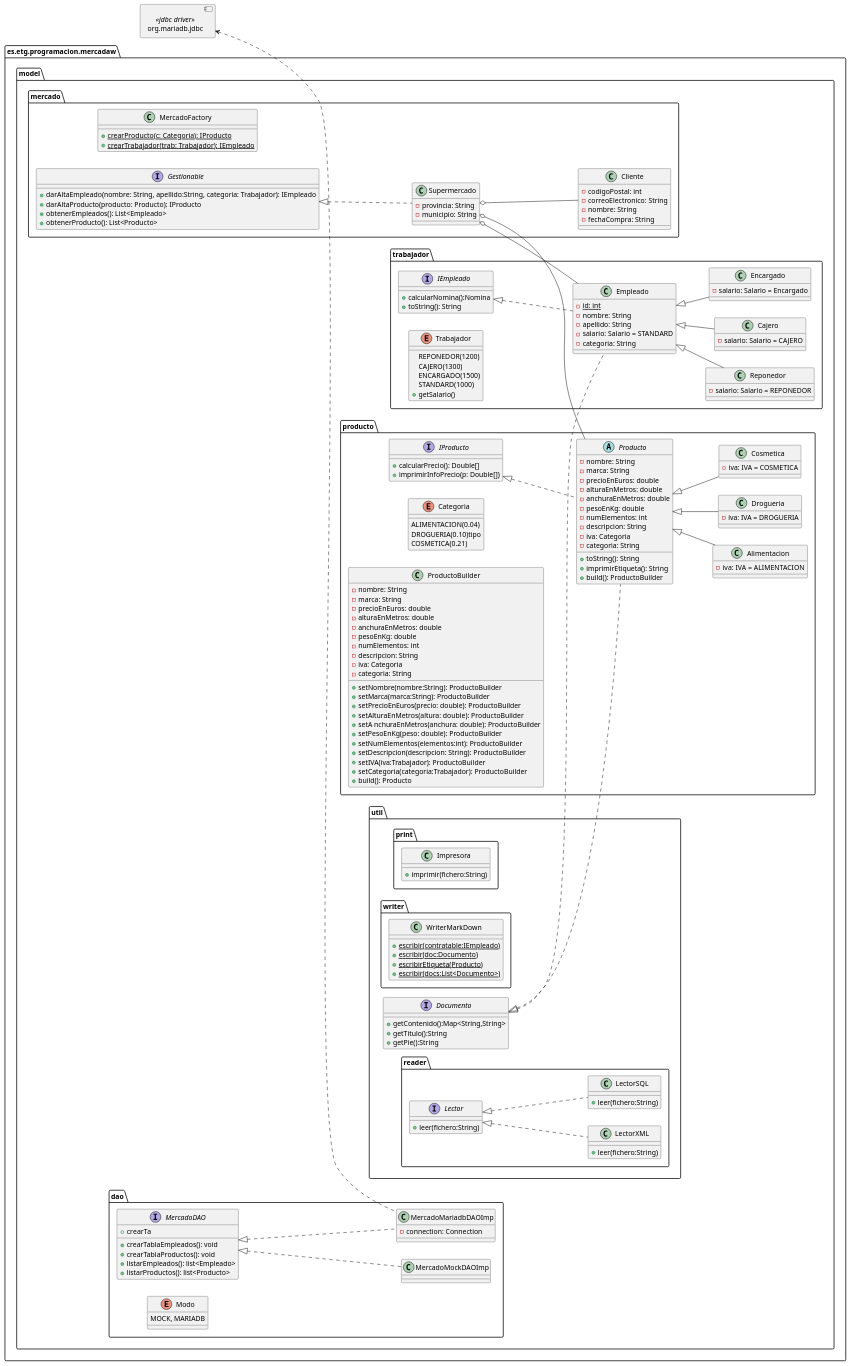
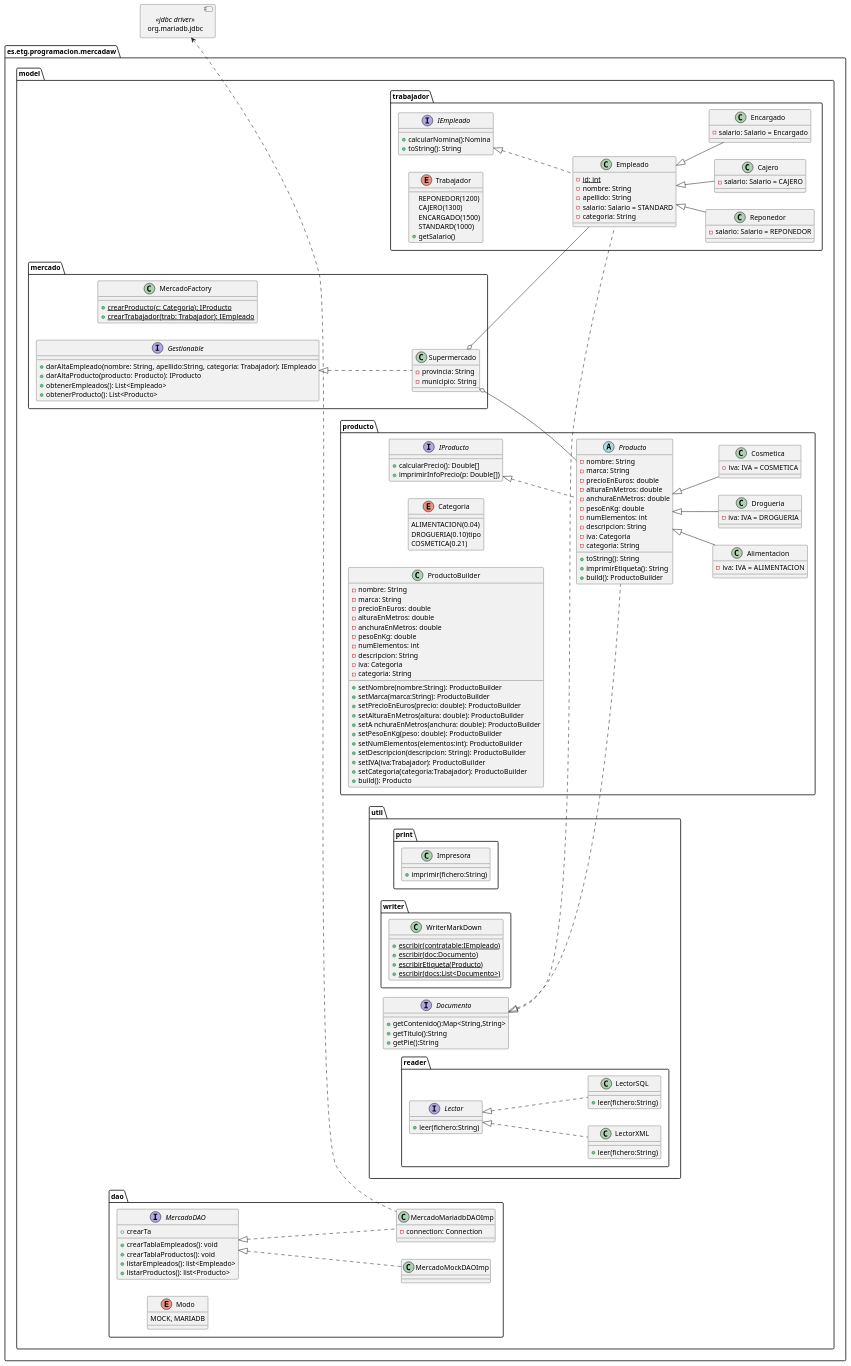
The first of 2 diagrams in design/DiagramaClases.pu (Edsonbs/MercaDAW), drawn with PlantUML before and after one commit. The commit also changed 3 other files, not shown here.

```diff
--- a/design/DiagramaClases.pu
+++ b/design/DiagramaClases.pu
@@ -9,16 +9,7 @@
                     -provincia: String
                     -municipio: String
             }       
-
-            
-            class Cliente{
-                -codigoPostal: int
-                -correoElectronico: String
-                -nombre: String
-                -fechaCompra: String
-            }
-            
-            
+             
             class MercadoFactory{
                 +{static}crearProducto(c: Categoria): IProducto
                 +{static}crearTrabajador(trab: Trabajador): IEmpleado
@@ -195,7 +186,6 @@
 
 Supermercado o-- Producto
 Supermercado o-- Empleado
-Supermercado o-- Cliente
 IProducto <|.. Producto
 Producto <|-- Alimentacion
 Producto <|-- Drogueria
```
